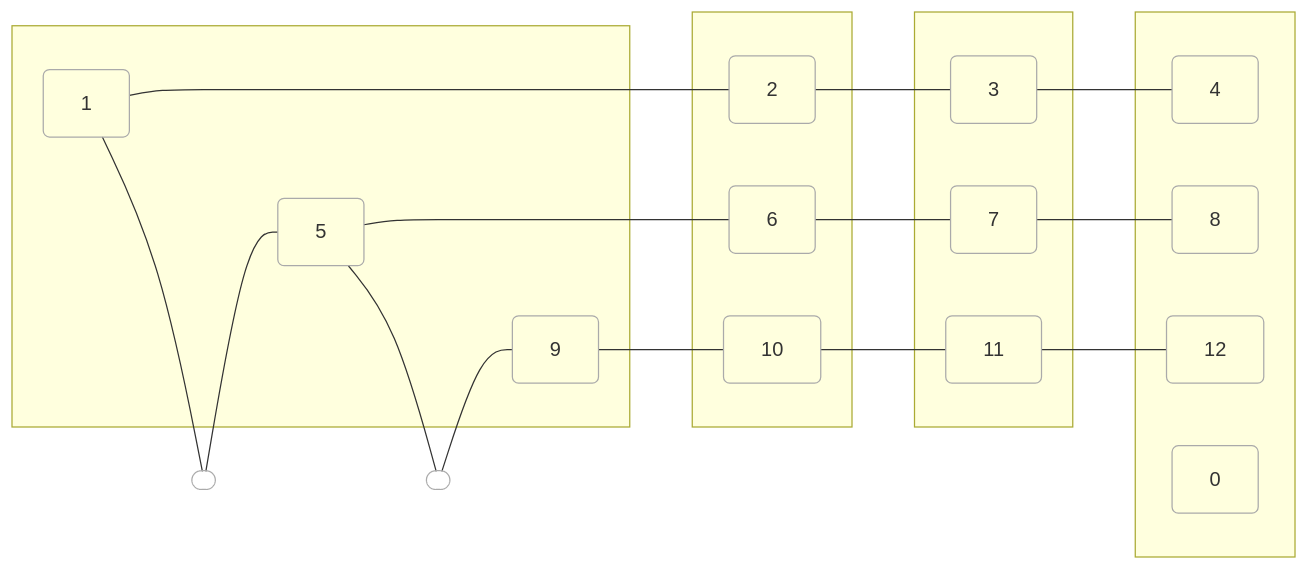
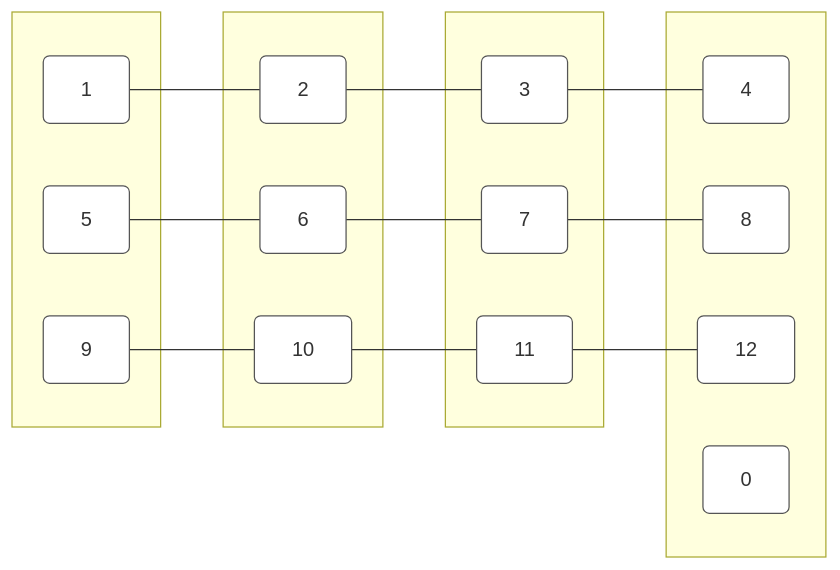
The second of 2 diagrams in README.md (athena-tircgo/amr-lsj), drawn with Mermaid before and after one commit.

````diff
--- a/README.md
+++ b/README.md
@@ -50,45 +50,40 @@
 ```mermaid
 graph LR
     %% 樣式設定
-    classDef node fill:none,stroke:#aaa,stroke-width:1px,rx:5,ry:5;
+    classDef node fill:#fff,stroke:#555,stroke-width:1px,rx:5,ry:5;
 
     %% 第一欄
     subgraph col1[ ]
         A1[1]:::node
         A2[5]:::node
         A3[9]:::node
     end
 
     %% 第二欄
     subgraph col2[ ]
         A4[2]:::node
         A5[6]:::node
         A6[10]:::node
     end
 
     %% 第三欄
     subgraph col3[ ]
         A7[3]:::node
         A8[7]:::node
         A9[11]:::node
     end
 
     %% 第四欄
     subgraph col4[ ]
         A10[4]:::node
         A11[8]:::node
         A12[12]:::node
         A13[0]:::node
     end
 
     %% 橫向連線
     A1 --- A4 --- A7 --- A10
     A2 --- A5 --- A8 --- A11
     A3 --- A6 --- A9 --- A12
 
-   %% 垂直線用透明節點
-    X1([ ]):::node
-    X2([ ]):::node
-
-    A1 --- X1 --- A2 --- X2 --- A3
 ```
````
